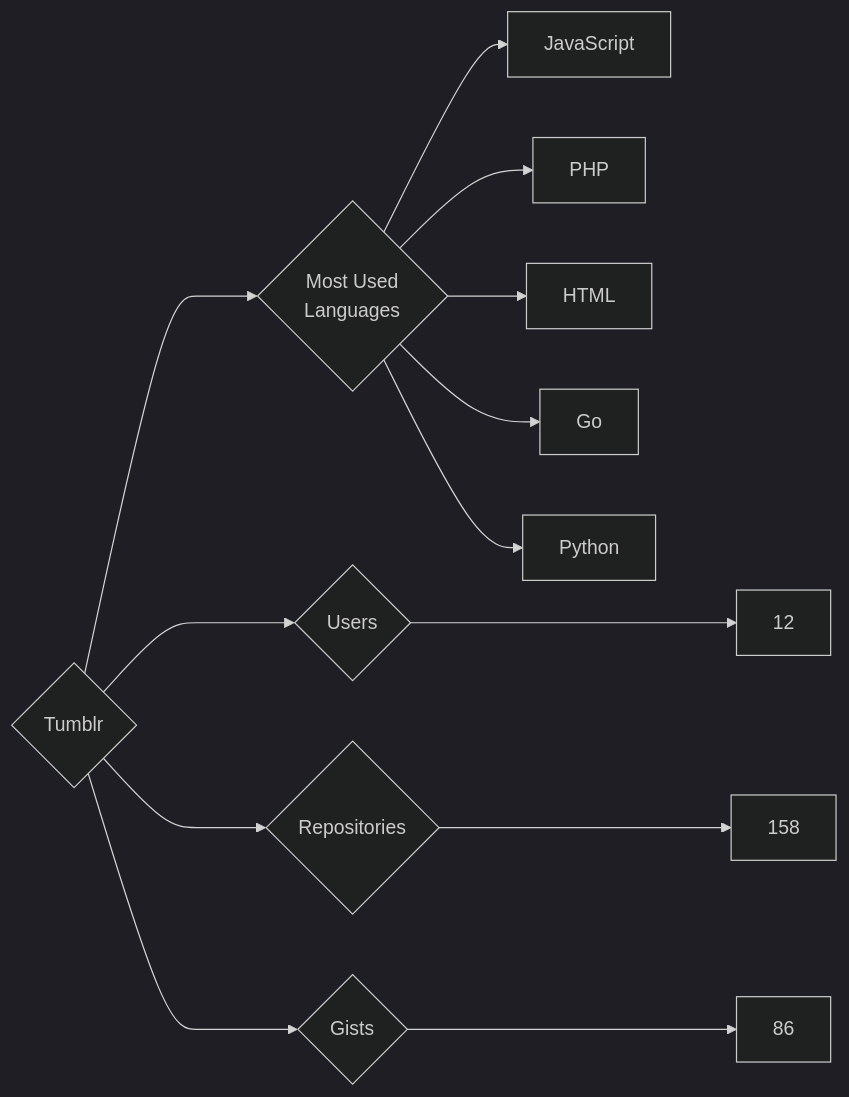
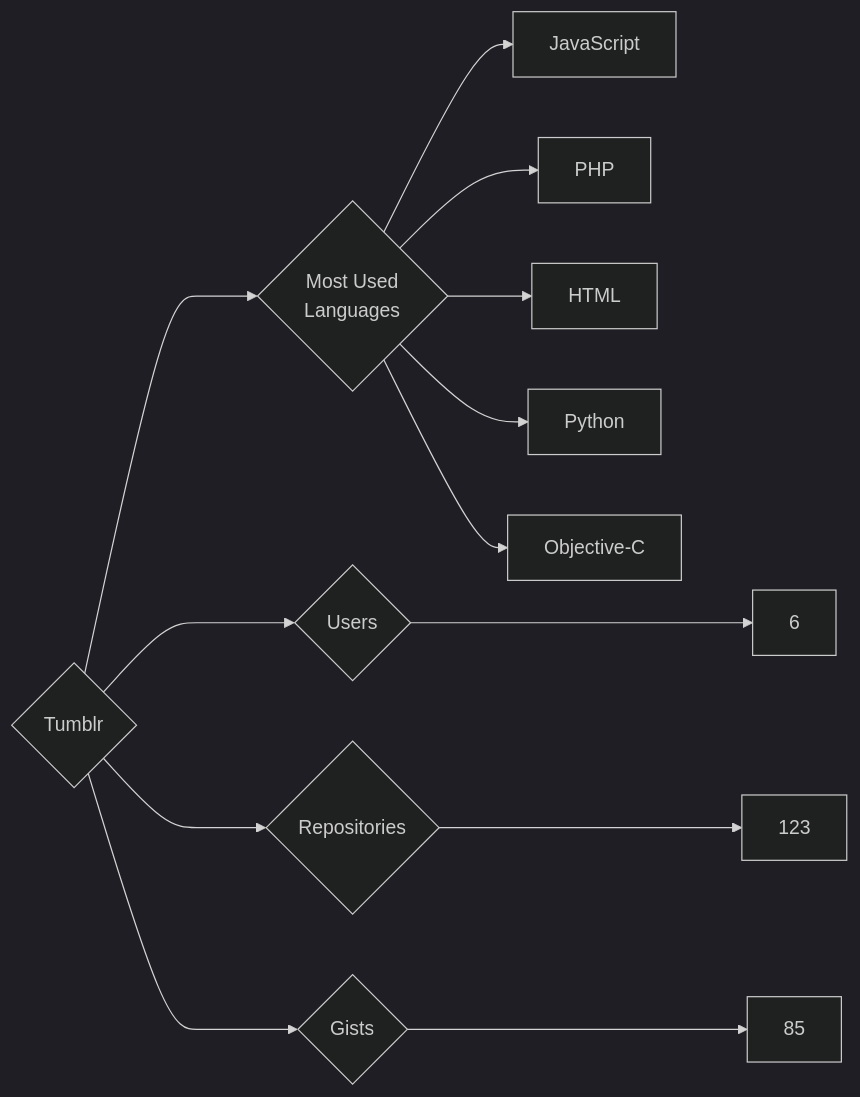
Before and after one commit to trickest/insiders: the diagram in targets/Tumblr/README.md, drawn with Mermaid (dark theme). The commit also changed 870 other files, not shown here.

````diff
--- a/targets/Tumblr/README.md
+++ b/targets/Tumblr/README.md
@@ -3,13 +3,13 @@
 ```mermaid
 graph LR
 COMPANY_NAME{Tumblr}
-COMPANY_NAME ---> U{Users} ---> UN[12]
-COMPANY_NAME ---> R{Repositories} ---> RN[158]
-COMPANY_NAME ---> G{Gists} ---> GN[86]
+COMPANY_NAME ---> U{Users} ---> UN[6]
+COMPANY_NAME ---> R{Repositories} ---> RN[123]
+COMPANY_NAME ---> G{Gists} ---> GN[85]
 COMPANY_NAME ---> ML{Most Used<br>Languages}
 ML --> JavaScript[JavaScript]
 ML --> PHP[PHP]
 ML --> HTML[HTML]
-ML --> Go[Go]
 ML --> Python[Python]
+ML --> Objective-C[Objective-C]
 ```
````
